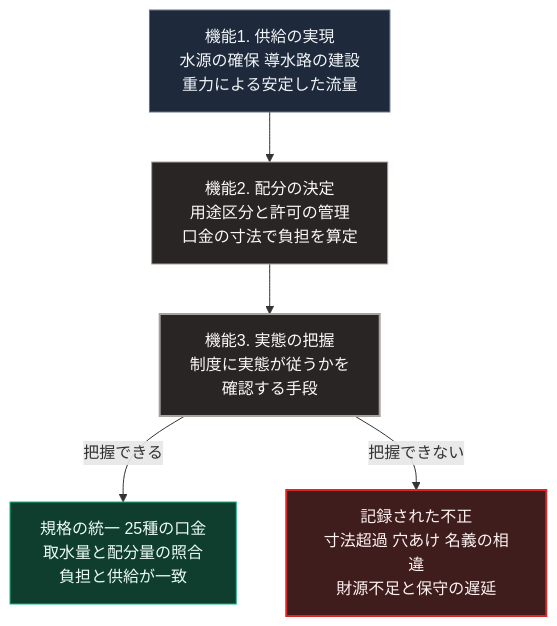
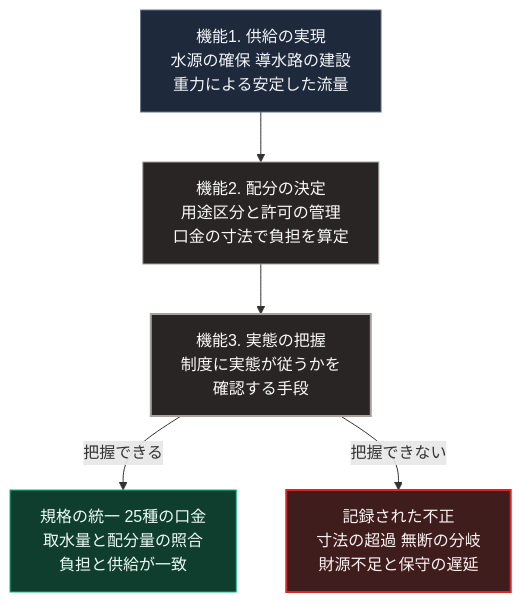
One commit to Takenori-Kusaka/zenn-content changed the diagram in books/sovereign-resilience-blueprint/02_ancient-water-infrastructure.md. Above: the diagram before and after it, drawn with Mermaid. The commit also changed 76 other files, not shown here.

````diff
--- a/books/sovereign-resilience-blueprint/02_ancient-water-infrastructure.md
+++ b/books/sovereign-resilience-blueprint/02_ancient-water-infrastructure.md
@@ -69,14 +69,14 @@
 ```mermaid
 flowchart TD
     A[機能1. 供給の実現<br>水源の確保 導水路の建設<br>重力による安定した流量]
     A --> B[機能2. 配分の決定<br>用途区分と許可の管理<br>口金の寸法で負担を算定]
     B --> C[機能3. 実態の把握<br>制度に実態が従うかを<br>確認する手段]
     C -->|把握できる| D1[規格の統一 25種の口金<br>取水量と配分量の照合<br>負担と供給が一致]
-    C -->|把握できない| D2[記録された不正<br>寸法超過 穴あけ 名義の相違<br>財源不足と保守の遅延]
+    C -->|把握できない| D2[記録された不正<br>寸法の超過 無断の分岐<br>財源不足と保守の遅延]
 
     style A fill:#1e293b,stroke:#64748b,color:#f1f5f9
     style B fill:#292524,stroke:#a8a29e,color:#fafaf9
     style C fill:#292524,stroke:#a8a29e,stroke-width:2px,color:#fafaf9
     style D1 fill:#0f3d2e,stroke:#10b981,color:#ecfdf5
     style D2 fill:#3f1d1d,stroke:#dc2626,stroke-width:2px,color:#fef2f2
 ```
````
